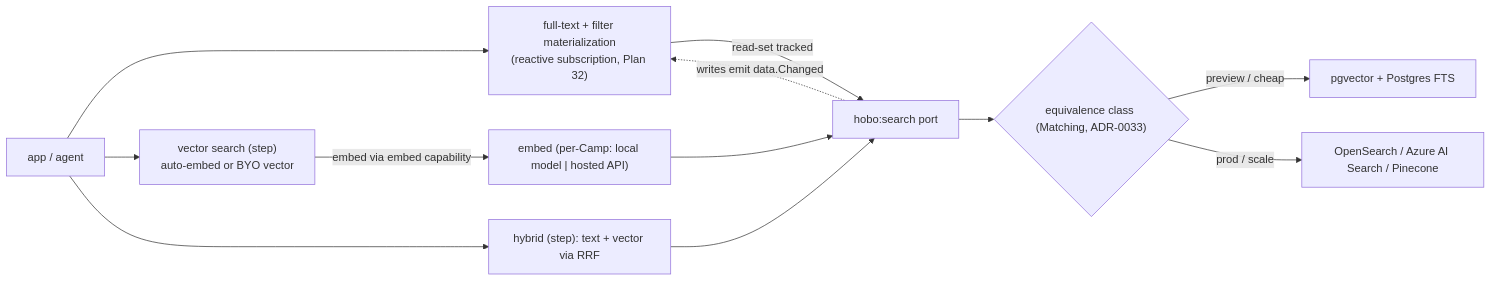
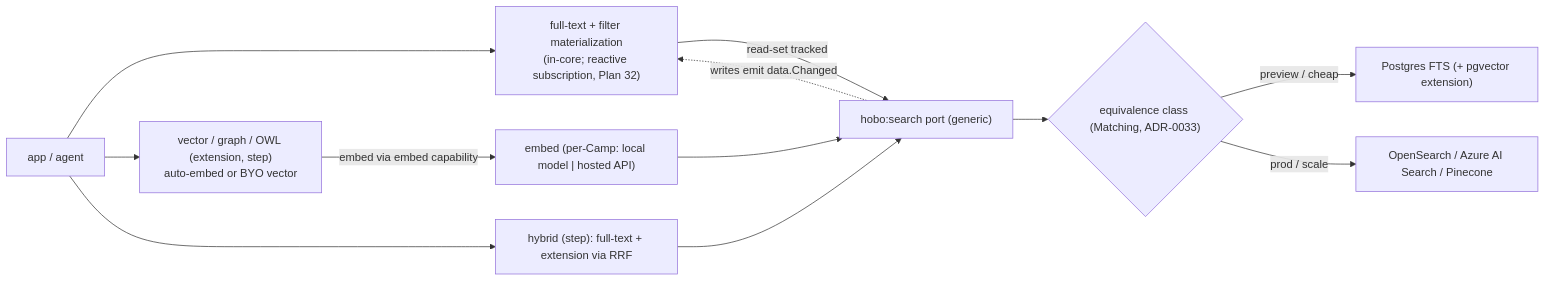
One commit to Tyler-R-Kendrick/HoBo changed the third of 4 diagrams in docs/design/data-plane.md. Above: the diagram before and after it, drawn with Mermaid. The commit also changed other lines of this file and 22 other files, not shown here.

````diff
--- a/docs/design/data-plane.md
+++ b/docs/design/data-plane.md
@@ -182,14 +193,14 @@
 ```mermaid
 flowchart LR
-  APP["app / agent"] --> Q["full-text + filter materialization<br/>(reactive subscription, Plan 32)"]
-  APP --> VS["vector search (step)<br/>auto-embed or BYO vector"]
-  APP --> HY["hybrid (step): text + vector via RRF"]
+  APP["app / agent"] --> Q["full-text + filter materialization<br/>(in-core; reactive subscription, Plan 32)"]
+  APP --> VS["vector / graph / OWL (extension, step)<br/>auto-embed or BYO vector"]
+  APP --> HY["hybrid (step): full-text + extension via RRF"]
   Q -->|read-set tracked| PORT
   VS -->|embed via embed capability| EMB["embed (per-Camp: local model | hosted API)"]
   EMB --> PORT
-  HY --> PORT["hobo:search port"]
+  HY --> PORT["hobo:search port (generic)"]
   PORT --> CLASS{"equivalence class (Matching, ADR-0033)"}
-  CLASS -->|preview / cheap| PG["pgvector + Postgres FTS"]
+  CLASS -->|preview / cheap| PG["Postgres FTS (+ pgvector extension)"]
   CLASS -->|prod / scale| MGD["OpenSearch / Azure AI Search / Pinecone"]
   PORT -.->|writes emit data.Changed| Q
 ```
````
